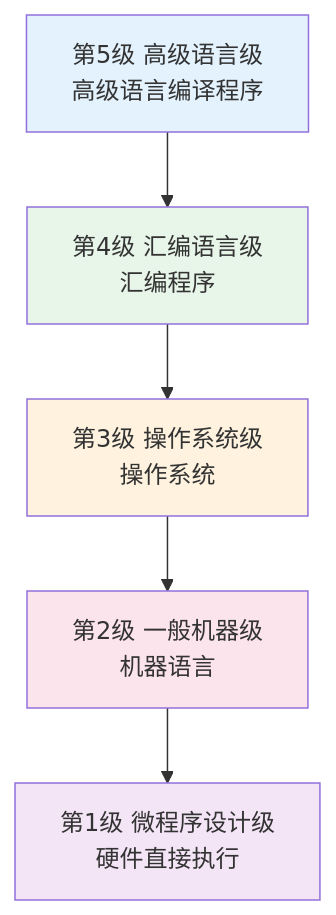
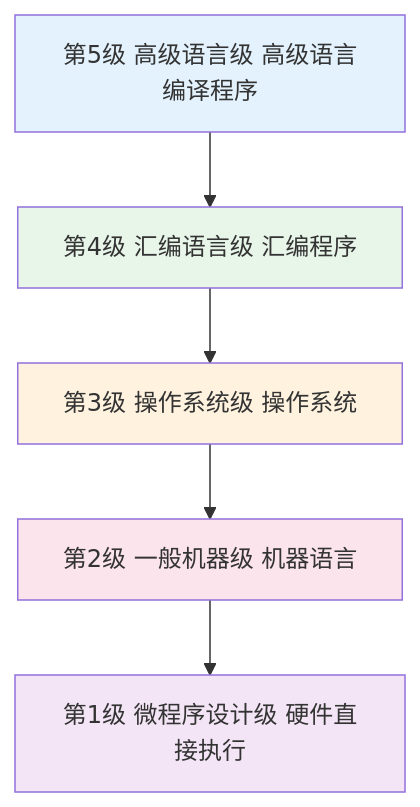
Before and after one commit to gilismael826-lgtm/course: the fourth of 4 diagrams in 计算机组成原理/notes/章节笔记/第1章-计算机系统概述/第1章-计算机系统概述.md, drawn with Mermaid. The commit also changed other lines of this file and 28 other files, not shown here.

````diff
--- a/计算机组成原理/notes/章节笔记/第1章-计算机系统概述/第1章-计算机系统概述.md
+++ b/计算机组成原理/notes/章节笔记/第1章-计算机系统概述/第1章-计算机系统概述.md
@@ -206,14 +206,14 @@
 ```mermaid
 flowchart TB
-    5[第5级 高级语言级<br/>高级语言编译程序] --> 4
-    4[第4级 汇编语言级<br/>汇编程序] --> 3
-    3[第3级 操作系统级<br/>操作系统] --> 2
-    2[第2级 一般机器级<br/>机器语言] --> 1
-    1[第1级 微程序设计级<br/>硬件直接执行]
+    5[第5级 高级语言级 高级语言编译程序] --> 4
+    4[第4级 汇编语言级 汇编程序] --> 3
+    3[第3级 操作系统级 操作系统] --> 2
+    2[第2级 一般机器级 机器语言] --> 1
+    1[第1级 微程序设计级 硬件直接执行]
     
     style 5 fill:#e3f2fd
     style 4 fill:#e8f5e9
     style 3 fill:#fff3e0
     style 2 fill:#fce4ec
     style 1 fill:#f3e5f5
 ```
````
